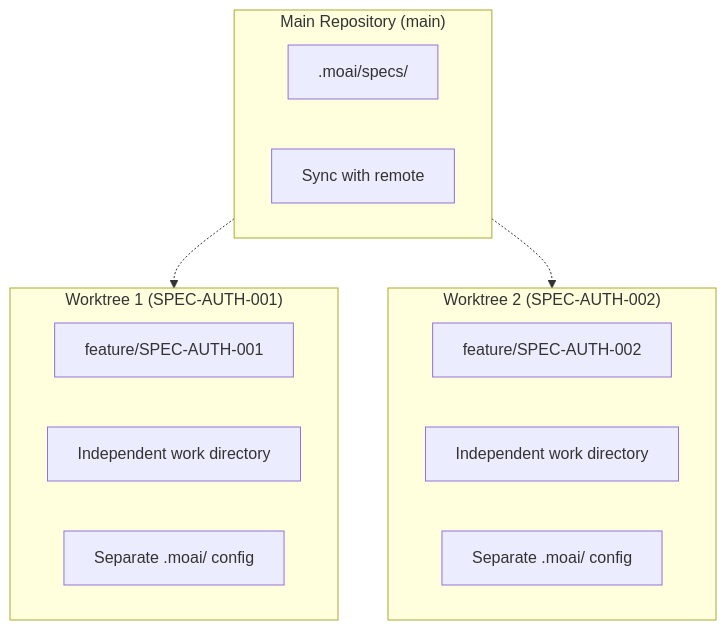
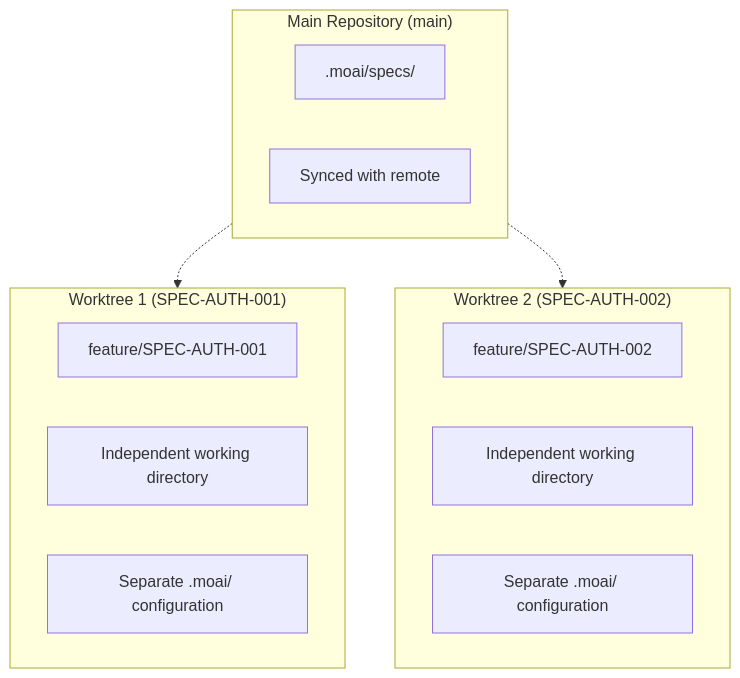
Before and after one commit to modu-ai/moai-adk: the third of 6 diagrams in docs-site/content/en/worktree/_index.md, drawn with Mermaid. The commit also changed other lines of this file and 395 other files, not shown here.

````diff
--- a/docs-site/content/en/worktree/_index.md
+++ b/docs-site/content/en/worktree/_index.md
@@ -136,22 +148,22 @@
 ```mermaid
 graph TB
     subgraph Main["Main Repository (main)"]
         M1[.moai/specs/]
-        M2[Sync with remote]
+        M2[Synced with remote]
     end
 
     subgraph WT1["Worktree 1 (SPEC-AUTH-001)"]
         W1A[feature/SPEC-AUTH-001]
-        W1B[Independent work directory]
-        W1C[Separate .moai/ config]
+        W1B[Independent working directory]
+        W1C[Separate .moai/ configuration]
     end
 
     subgraph WT2["Worktree 2 (SPEC-AUTH-002)"]
         W2A[feature/SPEC-AUTH-002]
-        W2B[Independent work directory]
-        W2C[Separate .moai/ config]
+        W2B[Independent working directory]
+        W2C[Separate .moai/ configuration]
     end
 
     Main -.-> WT1
     Main -.-> WT2
 ```
````
